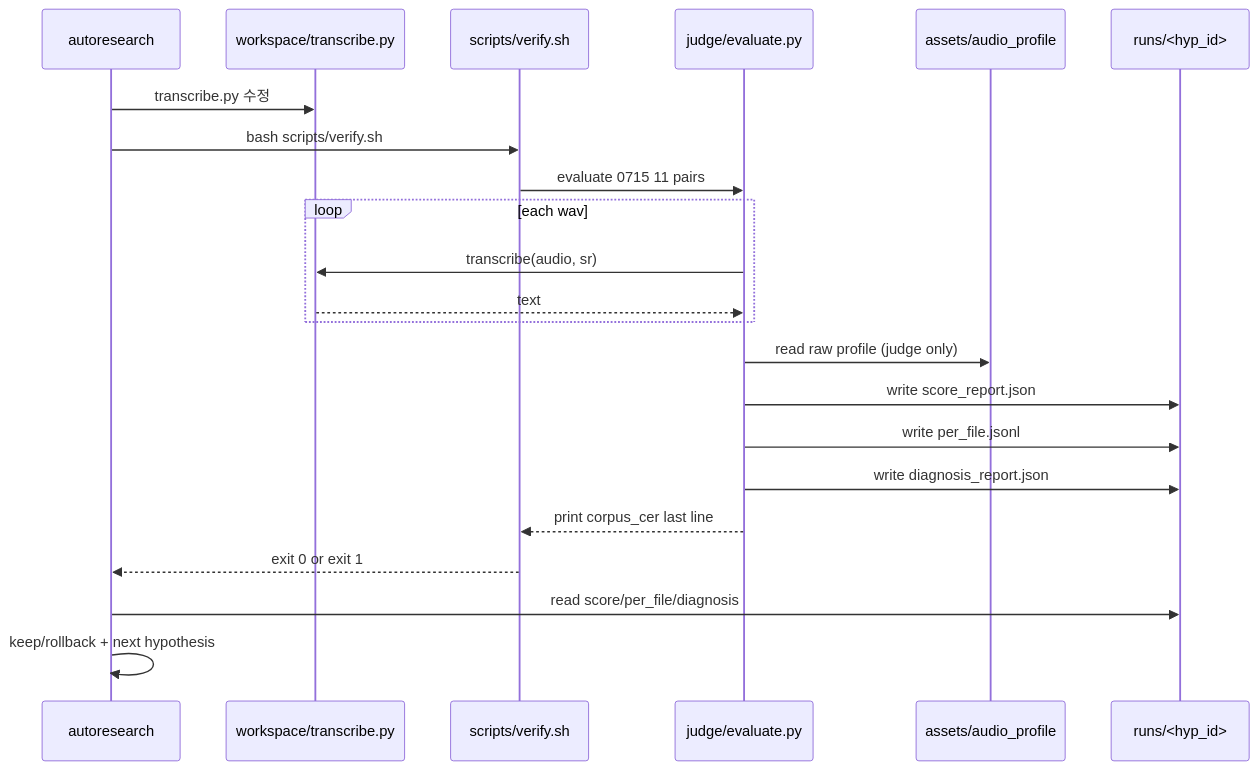
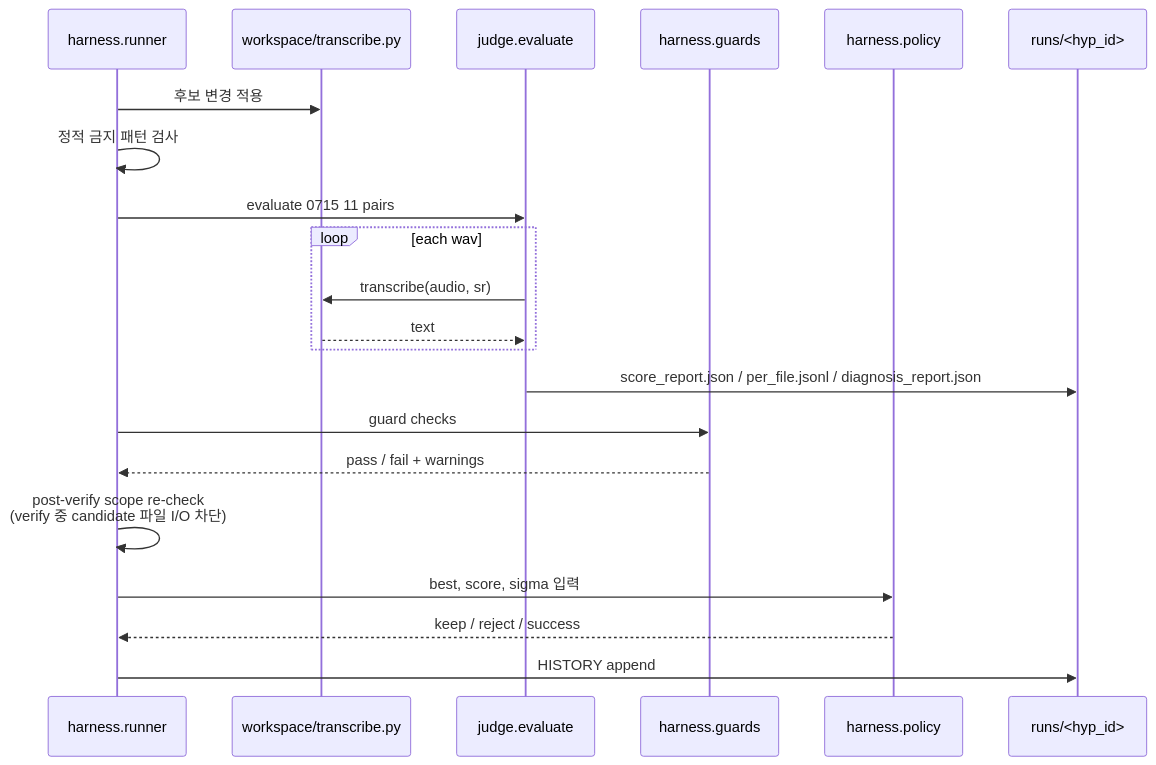
One commit to YuBeomGon/stt-pipe changed the second of 3 diagrams in docs/PHASE3-LOOP.md. Above: the diagram before and after it, drawn with Mermaid. The commit also changed other lines of this file and 116 other files, not shown here.

````diff
--- a/docs/PHASE3-LOOP.md
+++ b/docs/PHASE3-LOOP.md
@@ -47,25 +49,24 @@
 ```mermaid
 sequenceDiagram
-    participant AR as autoresearch
+    participant H as harness.runner
     participant W as workspace/transcribe.py
-    participant V as scripts/verify.sh
-    participant J as judge/evaluate.py
-    participant AP as assets/audio_profile
+    participant J as judge.evaluate
+    participant G as harness.guards
+    participant P as harness.policy
     participant R as runs/<hyp_id>
 
-    AR->>W: transcribe.py 수정
-    AR->>V: bash scripts/verify.sh
-    V->>J: evaluate 0715 11 pairs
+    H->>W: 후보 변경 적용
+    H->>H: 정적 금지 패턴 검사
+    H->>J: evaluate 0715 11 pairs
     loop each wav
         J->>W: transcribe(audio, sr)
         W-->>J: text
     end
-    J->>AP: read raw profile (judge only)
-    J->>R: write score_report.json
-    J->>R: write per_file.jsonl
-    J->>R: write diagnosis_report.json
-    J-->>V: print corpus_cer last line
-    V-->>AR: exit 0 or exit 1
-    AR->>R: read score/per_file/diagnosis
-    AR->>AR: keep/rollback + next hypothesis
+    J->>R: score_report.json / per_file.jsonl / diagnosis_report.json
+    H->>G: guard checks
+    G-->>H: pass / fail + warnings
+    H->>H: post-verify scope re-check<br/>(verify 중 candidate 파일 I/O 차단)
+    H->>P: best, score, sigma 입력
+    P-->>H: keep / reject / success
+    H->>R: HISTORY append
 ```
````
